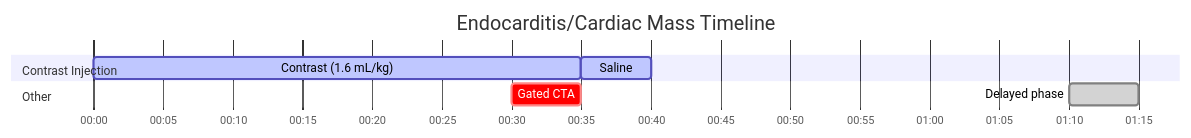
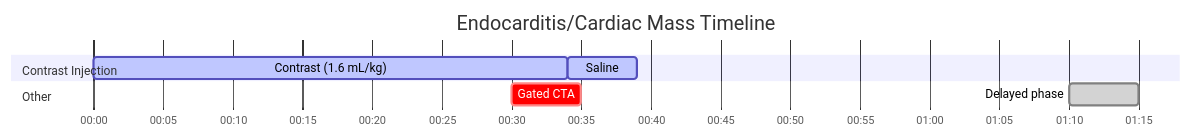
Before and after one commit to dfergs93/radiology-protocols: the diagram in docs/ct/cardiac/endocarditiscardiac-mass.md, drawn with Mermaid. The commit also changed other lines of this file and 85 other files, not shown here.

Commit message:
Regenerate protocol markdown files with acquisition-diagram placeholder

````diff
--- a/docs/ct/cardiac/endocarditiscardiac-mass.md
+++ b/docs/ct/cardiac/endocarditiscardiac-mass.md
@@ -87,19 +86,19 @@
   ```mermaid
   ---
   displayMode: compact
   config:
     theme: default
     themeCSS: " #Saline{ fill: #4ed5ff; stroke: #2094f3; } "
   ---
     gantt
       title Endocarditis/Cardiac Mass Timeline
       dateFormat mm:ss
       axisFormat %M:%S 
       
       section Contrast Injection
-      Contrast (1.6 mL/kg)    :active, contrast, 00:00, 35s
+      Contrast (1.6 mL/kg)    :active, contrast, 00:00, 34s
       Saline          :active, saline, after contrast, 5s
       section Other
       Gated CTA    :crit, scan1, 00:30, 5s
       Delayed phase    :done, scan2, 01:10, 5s
   ```
````
